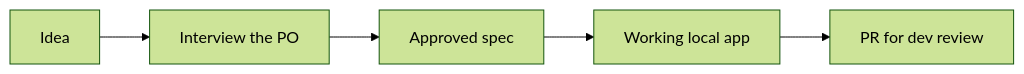
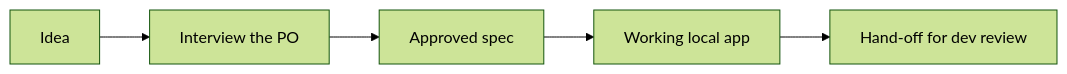
The diagram in docs/workflows/build.md (element22llc/e22-plugins), drawn with Mermaid (forest theme) before and after one commit. The commit also changed other lines of this file and 3 other files, not shown here.

````diff
--- a/docs/workflows/build.md
+++ b/docs/workflows/build.md
@@ -14,7 +15,7 @@
 ```mermaid
 flowchart LR
     IDEA[Idea] --> INTERVIEW[Interview the PO]
     INTERVIEW --> SPEC[Approved spec]
     SPEC --> APP[Working local app]
-    APP --> PR[PR for dev review]
+    APP --> HANDOFF[Hand-off for dev review]
 ```
````
